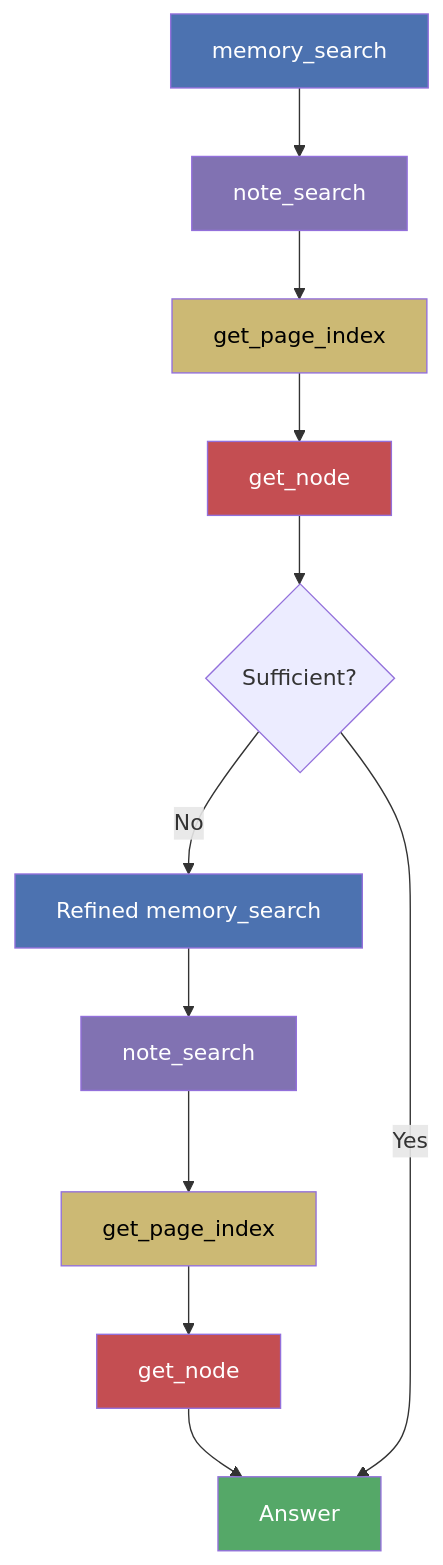
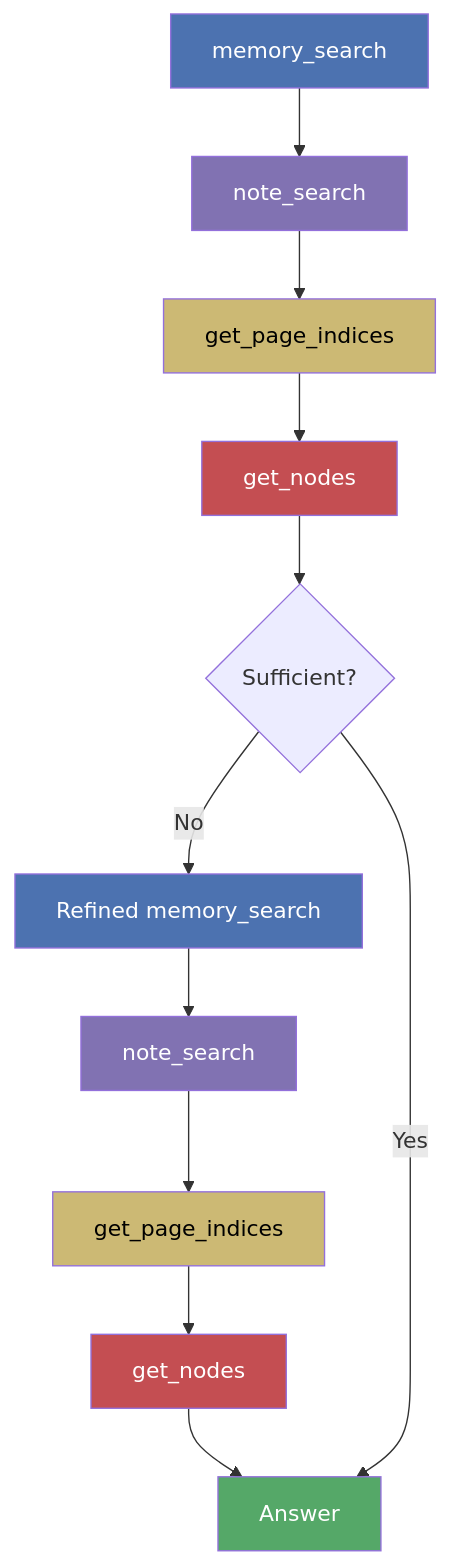
The fourth of 6 diagrams in docs/reference/evaluation-report.md (JasperHG90/memex), drawn with Mermaid before and after one commit. The commit also changed other lines of this file and 9 other files, not shown here.

````diff
--- a/docs/reference/evaluation-report.md
+++ b/docs/reference/evaluation-report.md
@@ -147,22 +183,22 @@
 ```mermaid
 graph TD
     A[memory_search] --> B[note_search]
-    B --> C[get_page_index]
-    C --> D[get_node]
+    B --> C[get_page_indices]
+    C --> D[get_nodes]
     D --> E{Sufficient?}
     E -- No --> F[Refined memory_search]
     F --> G[note_search]
-    G --> H[get_page_index]
-    H --> I[get_node]
+    G --> H[get_page_indices]
+    H --> I[get_nodes]
     I --> J[Answer]
     E -- Yes --> J
     style A fill:#4C72B0,color:white
     style B fill:#8172B2,color:white
     style C fill:#CCB974,color:black
     style D fill:#C44E52,color:white
     style F fill:#4C72B0,color:white
     style G fill:#8172B2,color:white
     style H fill:#CCB974,color:black
     style I fill:#C44E52,color:white
     style J fill:#55A868,color:white
 ```
````
